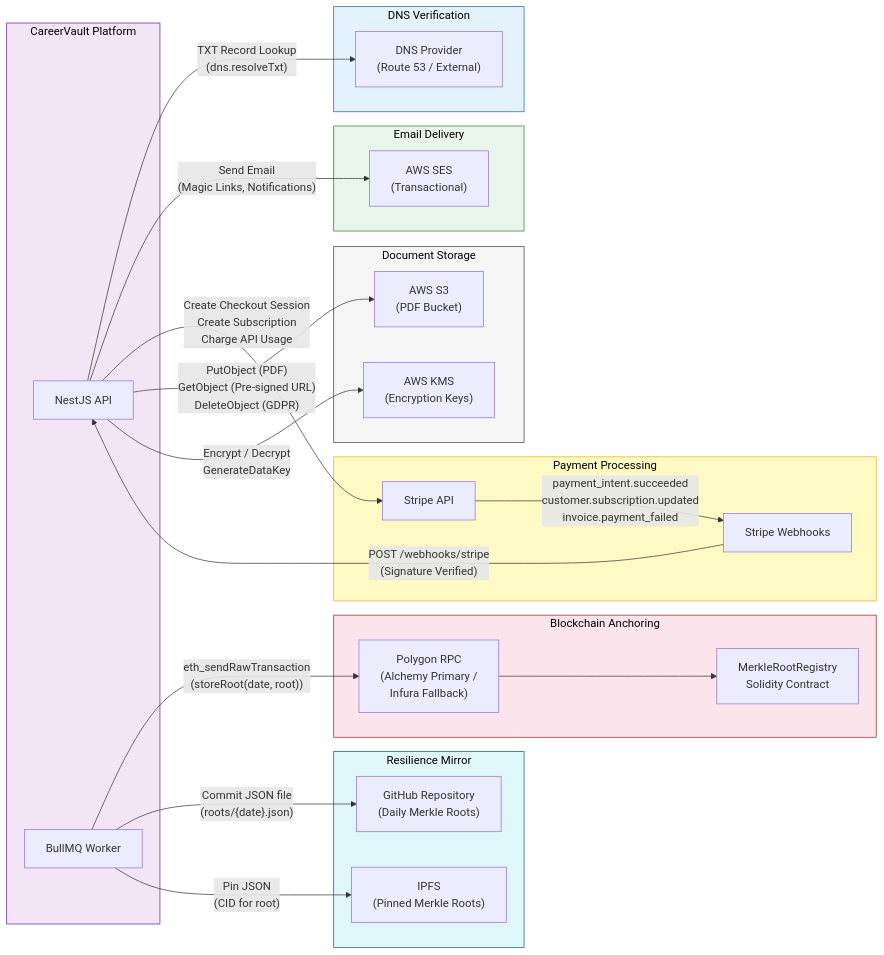
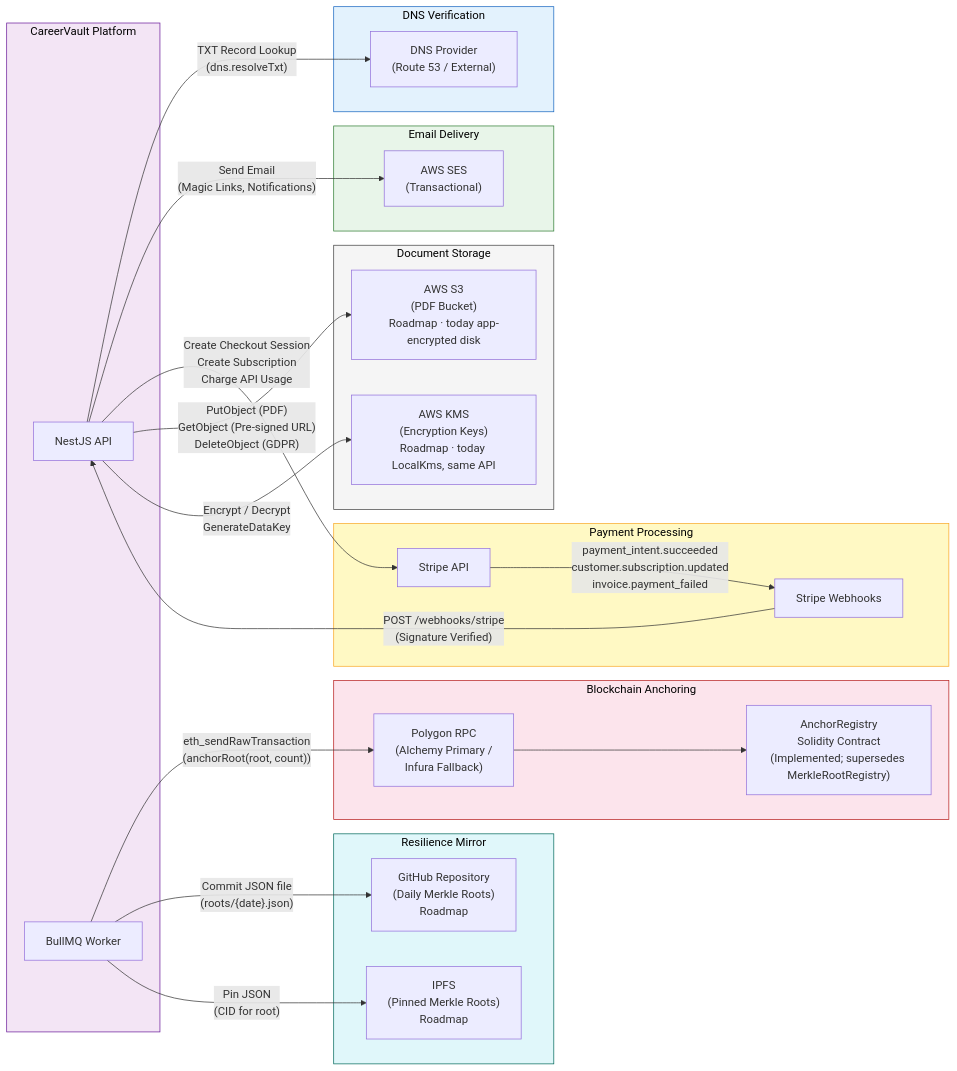
One commit to localhostwastaken/CareerVault changed the fourth of 10 diagrams in documentation/ProposedSystemModel_TechnologyStack.md. Above: the diagram before and after it, drawn with Mermaid. The commit also changed other lines of this file and 1 other file, not shown here.

First line of the commit message:
docs(design): mark implemented vs roadmap in the investor and tech-stack specs

````diff
--- a/documentation/ProposedSystemModel_TechnologyStack.md
+++ b/documentation/ProposedSystemModel_TechnologyStack.md
@@ -460,57 +501,57 @@
 ```mermaid
 flowchart LR
     subgraph Platform["CareerVault Platform"]
         API["NestJS API"]
         WORKER2["BullMQ Worker"]
     end
 
     subgraph DNS_Int["DNS Verification"]
         DNS2["DNS Provider<br/>(Route 53 / External)"]
     end
 
     subgraph Email_Int["Email Delivery"]
         SES2["AWS SES<br/>(Transactional)"]
     end
 
     subgraph Payment_Int["Payment Processing"]
         STRIPE2["Stripe API"]
         STRIPE_WH["Stripe Webhooks"]
     end
 
     subgraph Blockchain_Int["Blockchain Anchoring"]
         RPC["Polygon RPC<br/>(Alchemy Primary /<br/>Infura Fallback)"]
-        CONTRACT["MerkleRootRegistry<br/>Solidity Contract"]
+        CONTRACT["AnchorRegistry<br/>Solidity Contract<br/>(Implemented; supersedes MerkleRootRegistry)"]
     end
 
     subgraph Resilience_Int["Resilience Mirror"]
-        GH["GitHub Repository<br/>(Daily Merkle Roots)"]
-        IPFS2["IPFS<br/>(Pinned Merkle Roots)"]
+        GH["GitHub Repository<br/>(Daily Merkle Roots)<br/>Roadmap"]
+        IPFS2["IPFS<br/>(Pinned Merkle Roots)<br/>Roadmap"]
     end
 
     subgraph Storage_Int["Document Storage"]
-        S3_INT["AWS S3<br/>(PDF Bucket)"]
-        KMS_INT["AWS KMS<br/>(Encryption Keys)"]
+        S3_INT["AWS S3<br/>(PDF Bucket)<br/>Roadmap · today app-encrypted disk"]
+        KMS_INT["AWS KMS<br/>(Encryption Keys)<br/>Roadmap · today LocalKms, same API"]
     end
 
     API -->|"TXT Record Lookup<br/>(dns.resolveTxt)"| DNS2
     API -->|"Send Email<br/>(Magic Links, Notifications)"| SES2
     API -->|"Create Checkout Session<br/>Create Subscription<br/>Charge API Usage"| STRIPE2
     STRIPE2 -->|"payment_intent.succeeded<br/>customer.subscription.updated<br/>invoice.payment_failed"| STRIPE_WH
     STRIPE_WH -->|"POST /webhooks/stripe<br/>(Signature Verified)"| API
 
     API -->|"PutObject (PDF)<br/>GetObject (Pre-signed URL)<br/>DeleteObject (GDPR)"| S3_INT
     API -->|"Encrypt / Decrypt<br/>GenerateDataKey"| KMS_INT
 
-    WORKER2 -->|"eth_sendRawTransaction<br/>(storeRoot(date, root))"| RPC
+    WORKER2 -->|"eth_sendRawTransaction<br/>(anchorRoot(root, count))"| RPC
     RPC --> CONTRACT
     WORKER2 -->|"Commit JSON file<br/>(roots/{date}.json)"| GH
     WORKER2 -->|"Pin JSON<br/>(CID for root)"| IPFS2
 
     style Platform fill:#f3e5f5,stroke:#6a1b9a,color:#000
     style DNS_Int fill:#e3f2fd,stroke:#1565c0,color:#000
     style Email_Int fill:#e8f5e9,stroke:#2e7d32,color:#000
     style Payment_Int fill:#fff9c4,stroke:#f9a825,color:#000
     style Blockchain_Int fill:#fce4ec,stroke:#b71c1c,color:#000
     style Resilience_Int fill:#e0f7fa,stroke:#00695c,color:#000
     style Storage_Int fill:#f5f5f5,stroke:#424242,color:#000
 ```
````
